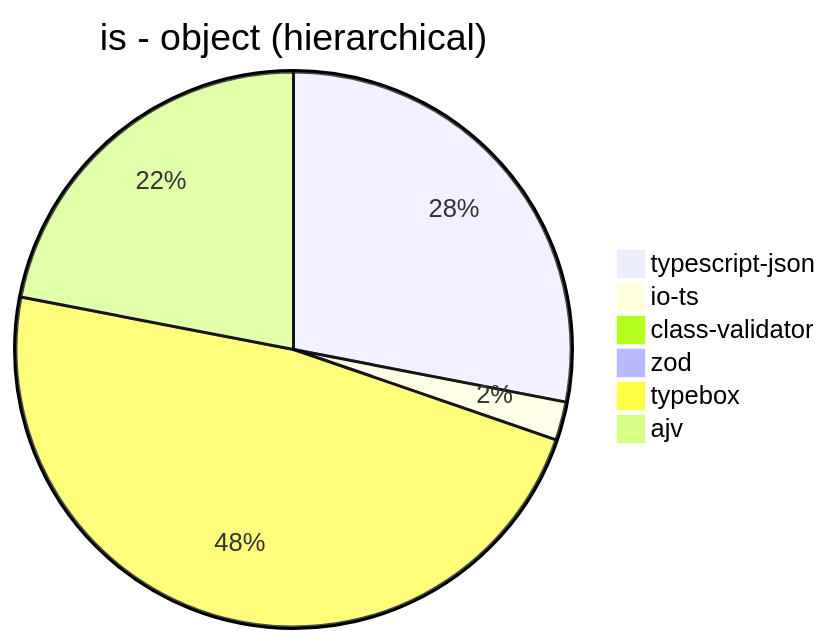
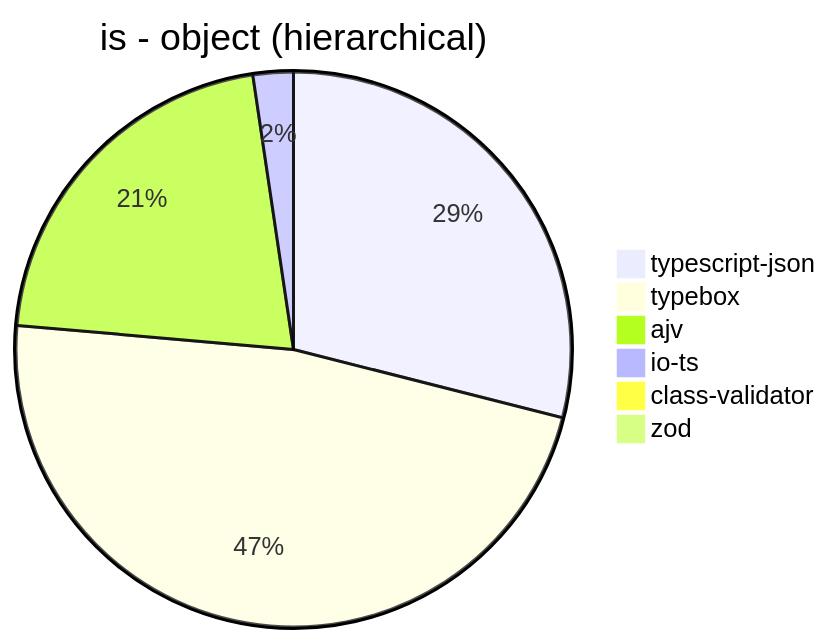
The first of 39 diagrams in benchmark/results/AMD Ryzen 7 5800H with Radeon Graphics.md (samchon/typia), drawn with Mermaid before and after one commit. The commit also changed other lines of this file and 7 other files, not shown here.

````diff
--- a/benchmark/results/AMD Ryzen 7 5800H with Radeon Graphics.md
+++ b/benchmark/results/AMD Ryzen 7 5800H with Radeon Graphics.md
@@ -21,9 +21,9 @@
 ```mermaid
 pie title is - object (hierarchical)
-  "typescript-json": 109426.97247706422
-  "io-ts": 8741.385698406817
-  "class-validator": 58.99332491430633
-  "zod": 401.89469848788485
-  "typebox": 186383.75766586137
-  "ajv": 85754.77647931738
+  "typescript-json": 108668.81088035287
+  "typebox": 178011.28021486124
+  "ajv": 79833.88581952118
+  "io-ts": 8797.093649085038
+  "class-validator": 54.710206872969735
+  "zod": 398.03043867502237
 ```
````
